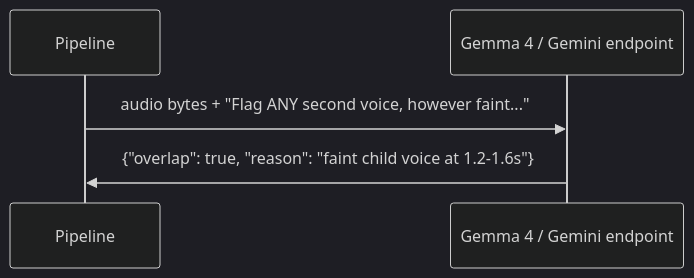
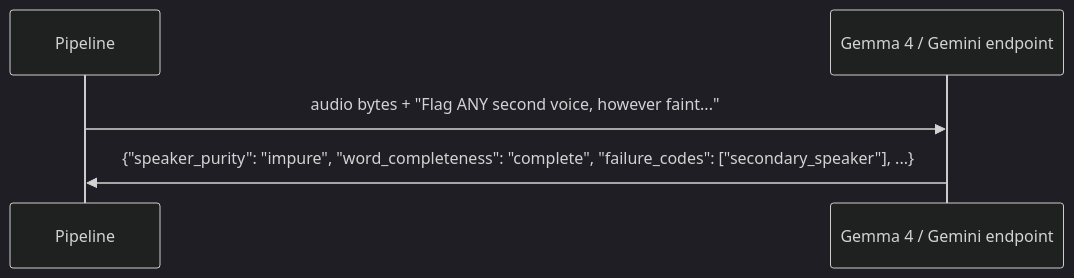
One commit to tungnguyenlam/audio-prepare-pipeline-redo changed the fourth of 5 diagrams in docs/concepts/07_overlap_purity_models.md. Above: the diagram before and after it, drawn with Mermaid (dark theme). The commit also changed other lines of this file and 16 other files, not shown here.

````diff
--- a/docs/concepts/07_overlap_purity_models.md
+++ b/docs/concepts/07_overlap_purity_models.md
@@ -65,7 +67,7 @@
 ```mermaid
 sequenceDiagram
     participant P as Pipeline
     participant G as Gemma 4 / Gemini endpoint
     P->>G: audio bytes + "Flag ANY second voice, however faint..."
-    G->>P: {"overlap": true, "reason": "faint child voice at 1.2-1.6s"}
+    G->>P: {"speaker_purity": "impure", "word_completeness": "complete", "failure_codes": ["secondary_speaker"], ...}
 ```
````
